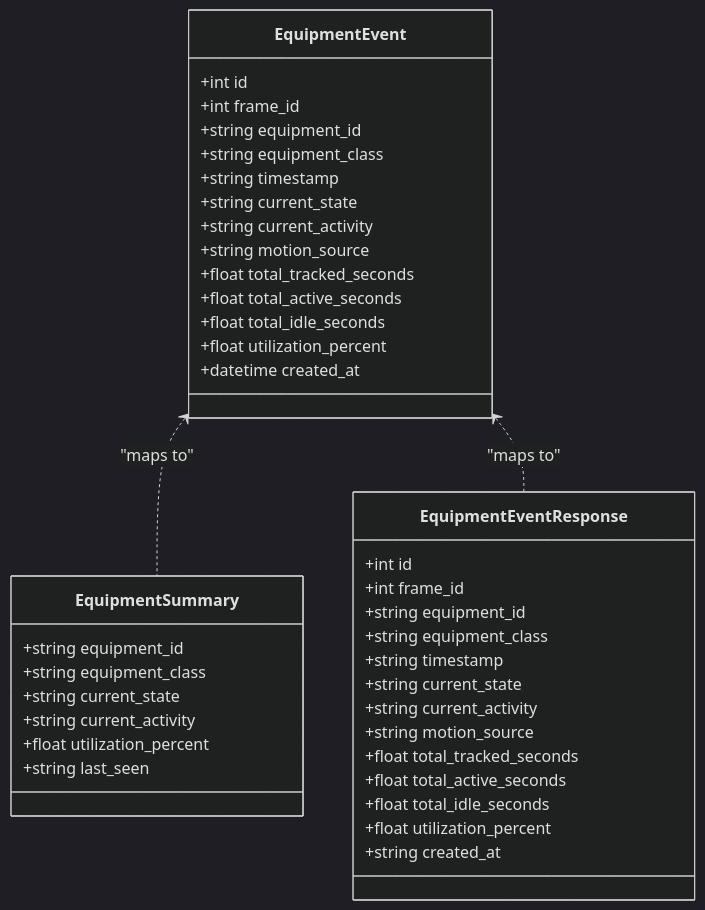
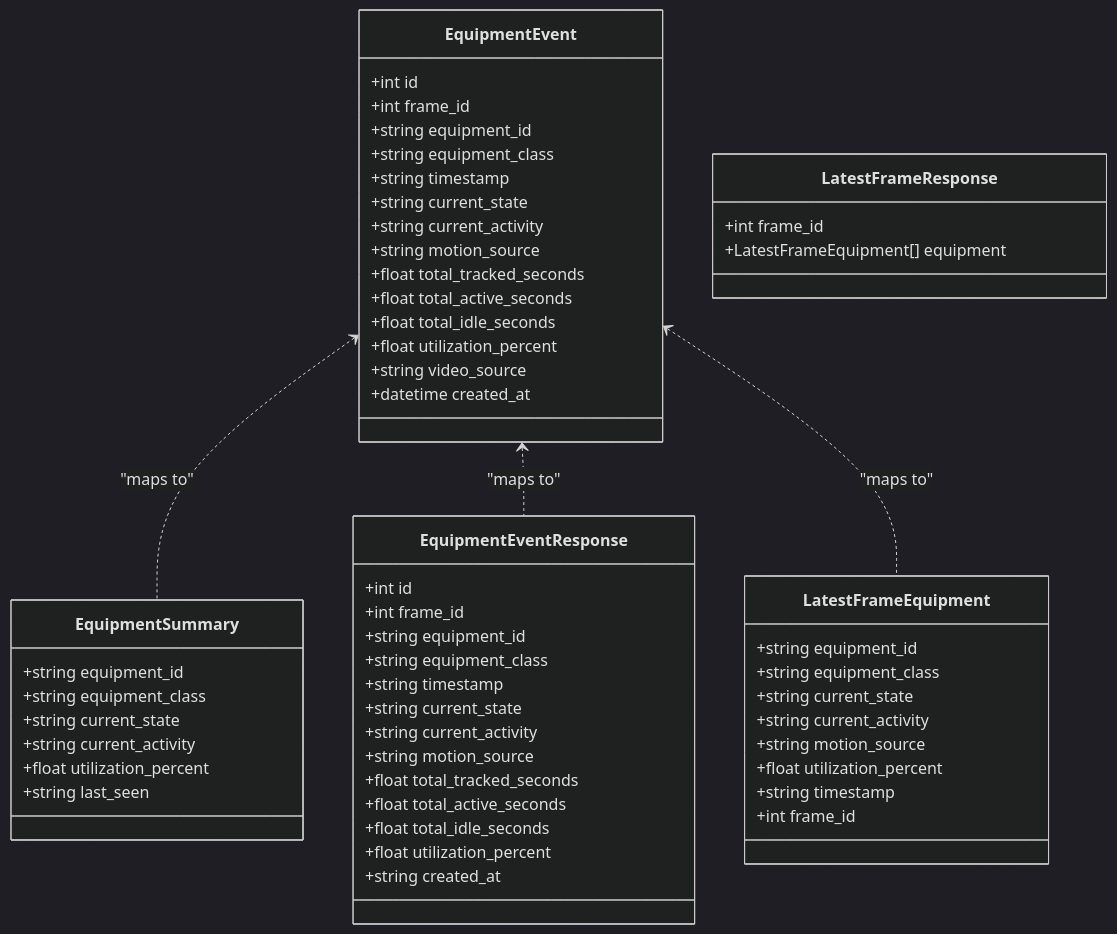
One commit to Azzoz-189/construction-equipment-monitoring changed the third of 4 diagrams in .qoder/repowiki/en/content/API Reference.md. Above: the diagram before and after it, drawn with Mermaid (dark theme). The commit also changed other lines of this file and 6 other files, not shown here.

````diff
--- a/.qoder/repowiki/en/content/API Reference.md
+++ b/.qoder/repowiki/en/content/API Reference.md
@@ -297,43 +449,59 @@
 ```mermaid
 classDiagram
 class EquipmentEvent {
 +int id
 +int frame_id
 +string equipment_id
 +string equipment_class
 +string timestamp
 +string current_state
 +string current_activity
 +string motion_source
 +float total_tracked_seconds
 +float total_active_seconds
 +float total_idle_seconds
 +float utilization_percent
++string video_source
 +datetime created_at
 }
 class EquipmentSummary {
 +string equipment_id
 +string equipment_class
 +string current_state
 +string current_activity
 +float utilization_percent
 +string last_seen
 }
 class EquipmentEventResponse {
 +int id
 +int frame_id
 +string equipment_id
 +string equipment_class
 +string timestamp
 +string current_state
 +string current_activity
 +string motion_source
 +float total_tracked_seconds
 +float total_active_seconds
 +float total_idle_seconds
 +float utilization_percent
 +string created_at
 }
+class LatestFrameEquipment {
++string equipment_id
++string equipment_class
++string current_state
++string current_activity
++string motion_source
++float utilization_percent
++string timestamp
++int frame_id
+}
+class LatestFrameResponse {
++int frame_id
++LatestFrameEquipment[] equipment
+}
 EquipmentEvent <.. EquipmentSummary : "maps to"
 EquipmentEvent <.. EquipmentEventResponse : "maps to"
+EquipmentEvent <.. LatestFrameEquipment : "maps to"
 ```
````
